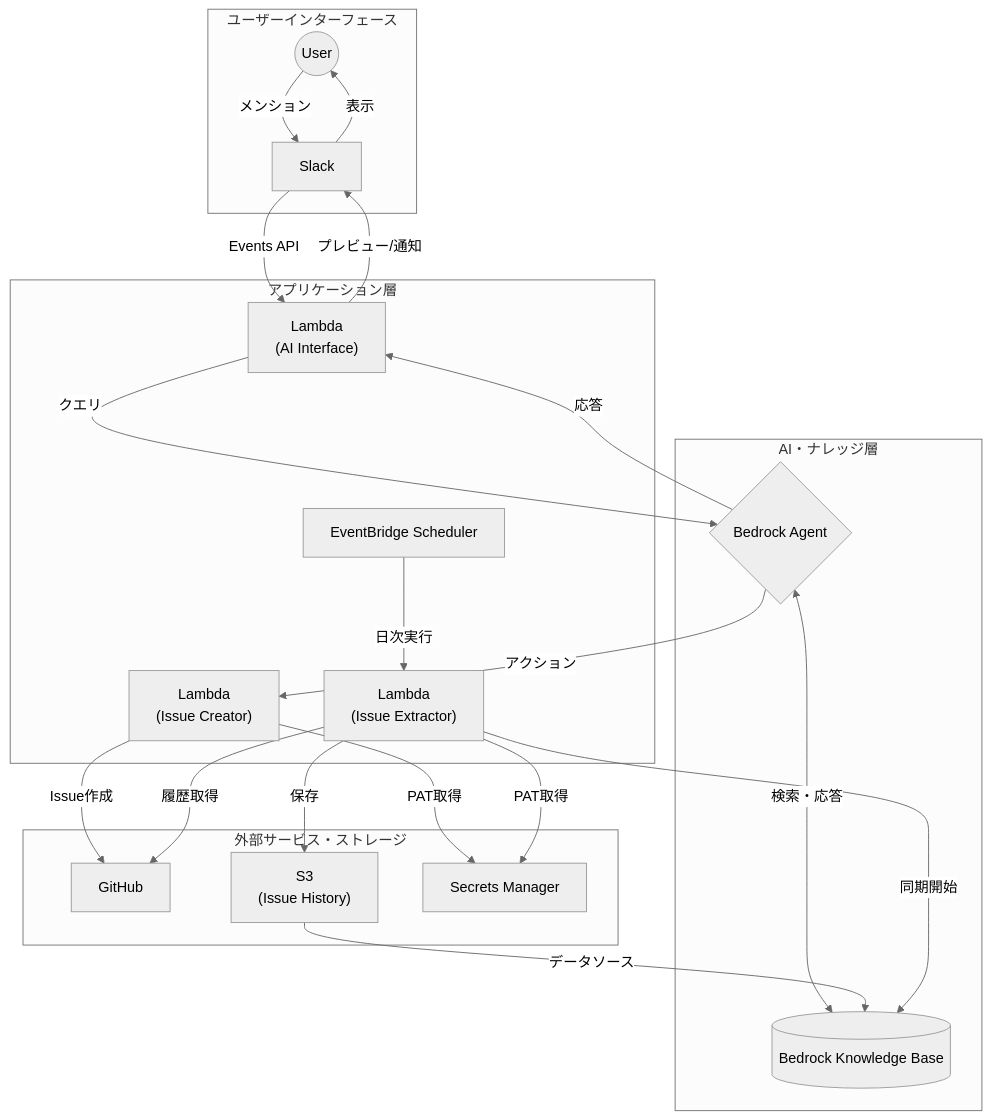
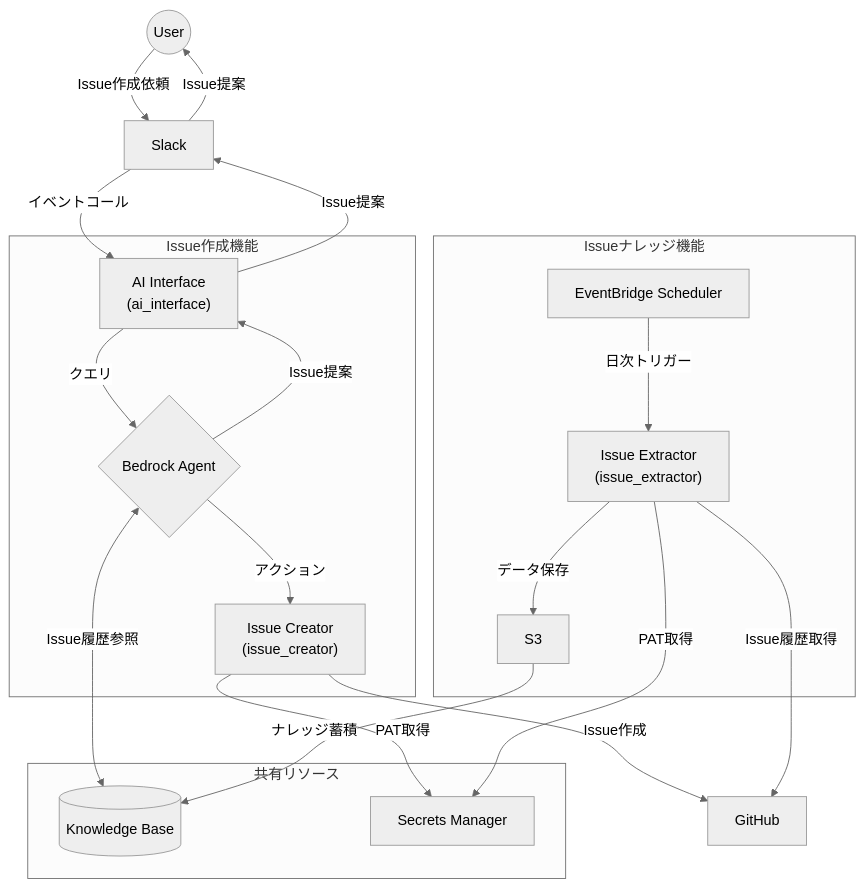
The second of 7 diagrams in DESIGN.md (nangashi/ai-test), drawn with Mermaid (neutral theme) before and after one commit. The commit also changed other lines of this file and 2 other files, not shown here.

````diff
--- a/DESIGN.md
+++ b/DESIGN.md
@@ -16,43 +36,42 @@
 ```mermaid
 graph TB
-    subgraph "ユーザーインターフェース"
-        A((User))
-        B[Slack]
+    U((User))
+    S[Slack]
+    GH[GitHub]
+
+    subgraph "Issue作成機能"
+        AI["AI Interface<br/>(ai_interface)"]
+        IC["Issue Creator<br/>(issue_creator)"]
+        BA{Bedrock Agent}
     end
 
-    subgraph "アプリケーション層"
-        C["Lambda<br/>(AI Interface)"]
-        I["Lambda<br/>(Issue Creator)"]
-        L3["Lambda<br/>(Issue Extractor)"]
-        H[EventBridge Scheduler]
+    subgraph "Issueナレッジ機能"
+        ES[EventBridge Scheduler]
+        IE["Issue Extractor<br/>(issue_extractor)"]
+        S3[S3]
     end
 
-    subgraph "AI・ナレッジ層"
-        D{Bedrock Agent}
-        E[("Bedrock Knowledge Base")]
-    end
-
-    subgraph "外部サービス・ストレージ"
-        F[GitHub]
-        J["S3<br/>(Issue History)"]
+    subgraph "共有リソース"
+        KB[("Knowledge Base")]
         SM[Secrets Manager]
     end
 
-    A -->|メンション| B
-    B -->|Events API| C
-    C -->|クエリ| D
-    D <-->|検索・応答| E
-    D -->|アクション| I
-    I -->|PAT取得| SM
-    I -->|Issue作成| F
-    D -->|応答| C
-    C -->|プレビュー/通知| B
-    B -->|表示| A
+    U -->|Issue作成依頼| S
+    S -->|イベントコール| AI
+    AI -->|クエリ| BA
+    BA -->|アクション| IC
+    IC -->|Issue作成| GH
+    BA -->|Issue提案| AI
+    AI -->|Issue提案| S
+    S -->|Issue提案| U
 
-    H -->|日次実行| L3
-    L3 -->|PAT取得| SM
-    L3 -->|履歴取得| F
-    L3 -->|保存| J
-    J -->|データソース| E
-    L3 -->|同期開始| E
+    ES -->|日次トリガー| IE
+    IE -->|Issue履歴取得| GH
+    IE -->|データ保存| S3
+
+    BA <-->|Issue履歴参照| KB
+    S3 -->|ナレッジ蓄積| KB
+
+    IC -->|PAT取得| SM
+    IE -->|PAT取得| SM
 ```
````
